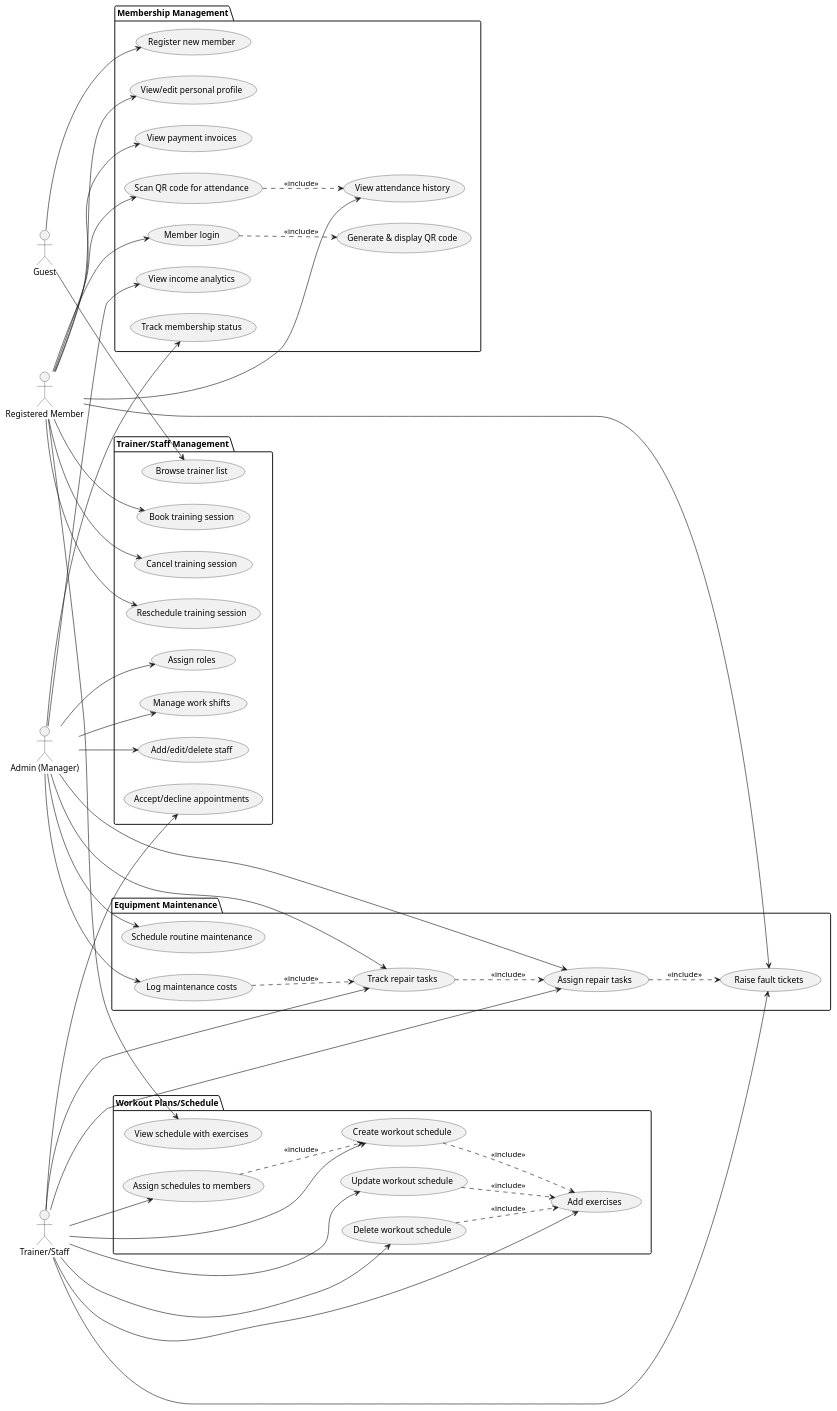
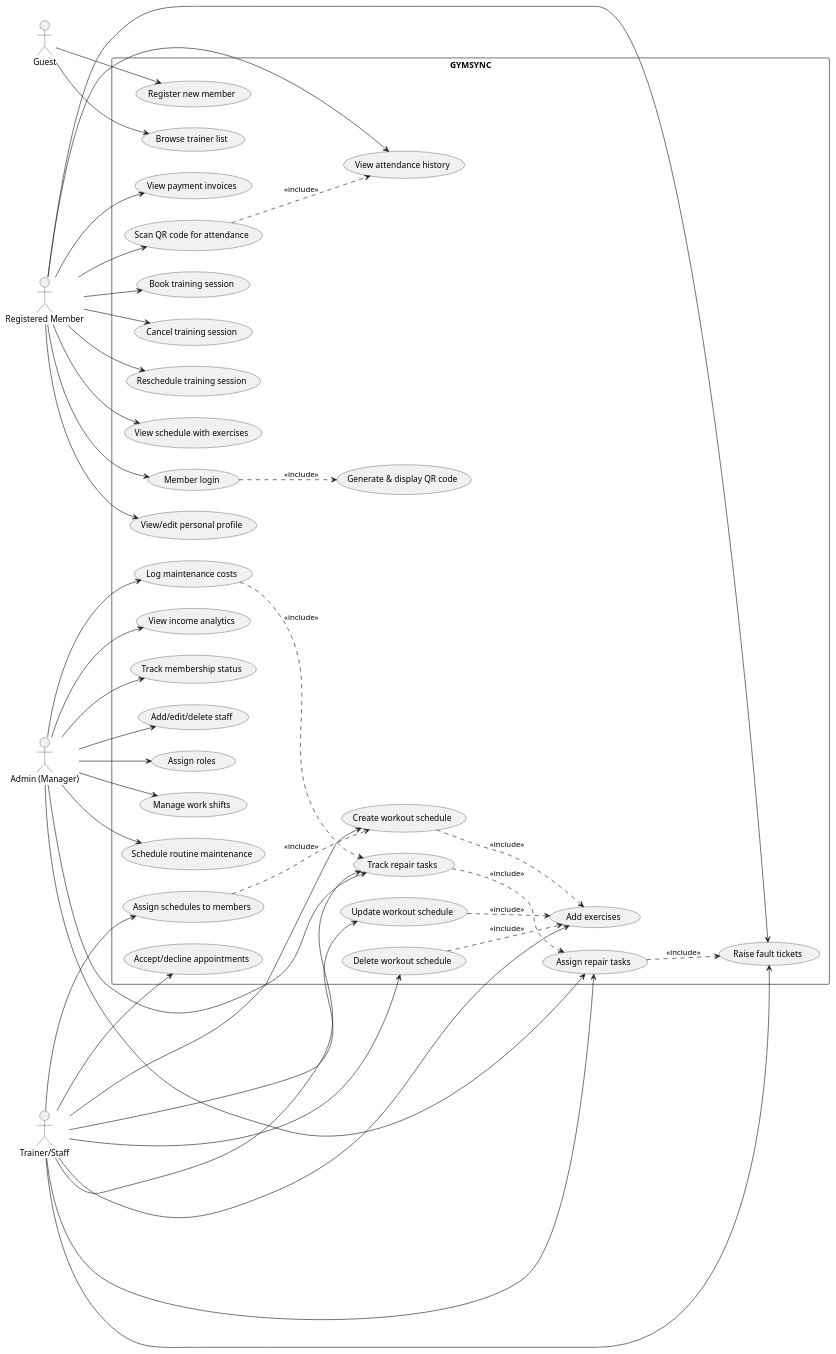
The diagram in use_case_diagram.puml (SLIIT-FacultyOfComputing/group-project-group-5), drawn with PlantUML before and after one commit.

Commit message:
usecase/ class diagram plantUML codes

```diff
--- a/use_case_diagram.puml
+++ b/use_case_diagram.puml
@@ -1,102 +1,97 @@
 @startuml GymSync Use Case Diagram
 
 ' Set orientation to vertical
 left to right direction
 
 ' Actors
 actor Guest as guest
 actor "Registered Member" as member
 actor "Admin (Manager)" as admin
 actor "Trainer/Staff" as trainer
 
-' Package for Membership Management
-package "Membership Management" as membership {
+' System boundary
+rectangle "GYMSYNC" {
+    ' Membership Management Use Cases
     usecase "Register new member" as UC1
     usecase "Member login" as UC2
     usecase "Generate & display QR code" as UC3
     usecase "View/edit personal profile" as UC4
     usecase "View payment invoices" as UC5
     usecase "Scan QR code for attendance" as UC6
     usecase "View attendance history" as UC7
     usecase "View income analytics" as UC8
     usecase "Track membership status" as UC9
-}
 
-' Package for Trainer/Staff Management
-package "Trainer/Staff Management" as staff {
+    ' Trainer/Staff Management Use Cases
     usecase "Browse trainer list" as UC10
     usecase "Book training session" as UC11
     usecase "Cancel training session" as UC12
     usecase "Reschedule training session" as UC13
     usecase "Accept/decline appointments" as UC14
     usecase "Add/edit/delete staff" as UC15
     usecase "Assign roles" as UC16
     usecase "Manage work shifts" as UC17
-}
 
-' Package for Workout Plans
-package "Workout Plans/Schedule" as workout {
+    ' Workout Plans Use Cases
     usecase "Add exercises" as UC18
     usecase "Create workout schedule" as UC19
     usecase "Update workout schedule" as UC20
     usecase "Delete workout schedule" as UC21
     usecase "Assign schedules to members" as UC22
     usecase "View schedule with exercises" as UC23
-}
 
-' Package for Equipment Maintenance
-package "Equipment Maintenance" as equipment {
+    ' Equipment Maintenance Use Cases
     usecase "Schedule routine maintenance" as UC24
     usecase "Raise fault tickets" as UC25
     usecase "Assign repair tasks" as UC26
     usecase "Track repair tasks" as UC27
     usecase "Log maintenance costs" as UC28
 }
 
 ' Relationships
 guest --> UC1
 guest --> UC10
 
 member --> UC2
 member --> UC4
 member --> UC5
 member --> UC6
 member --> UC7
 member --> UC11
 member --> UC12
 member --> UC13
 member --> UC23
 member --> UC25
 
 admin --> UC8
 admin --> UC9
 admin --> UC15
 admin --> UC16
 admin --> UC17
 admin --> UC24
 admin --> UC26
 admin --> UC27
 admin --> UC28
 
 trainer --> UC14
 trainer --> UC18
 trainer --> UC19
 trainer --> UC20
 trainer --> UC21
 trainer --> UC22
 trainer --> UC25
 trainer --> UC26
 trainer --> UC27
 
 ' Include relationships
 UC2 ..> UC3 : <<include>>
 UC6 ..> UC7 : <<include>>
 UC19 ..> UC18 : <<include>>
 UC20 ..> UC18 : <<include>>
 UC21 ..> UC18 : <<include>>
 UC22 ..> UC19 : <<include>>
 UC26 ..> UC25 : <<include>>
 UC27 ..> UC26 : <<include>>
 UC28 ..> UC27 : <<include>>
 
 @enduml
```
